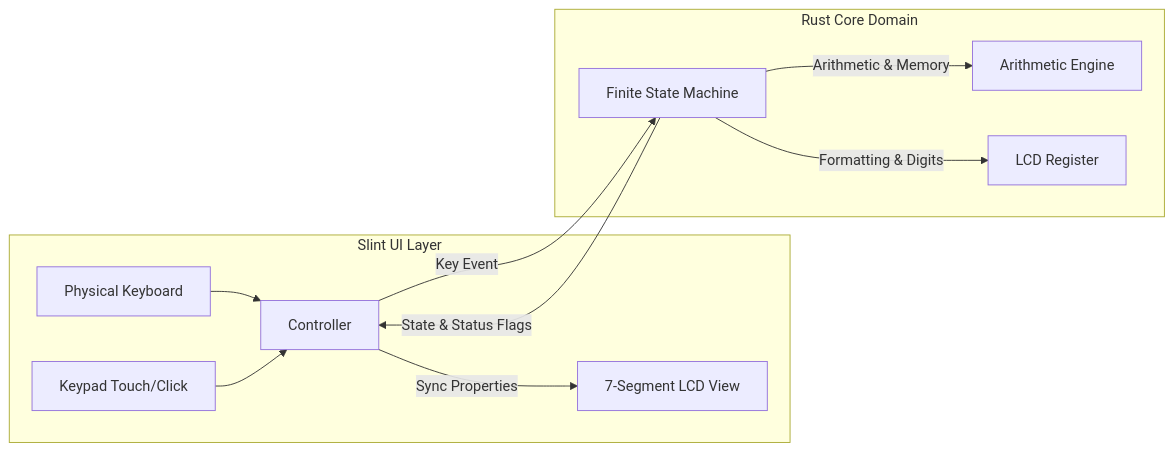
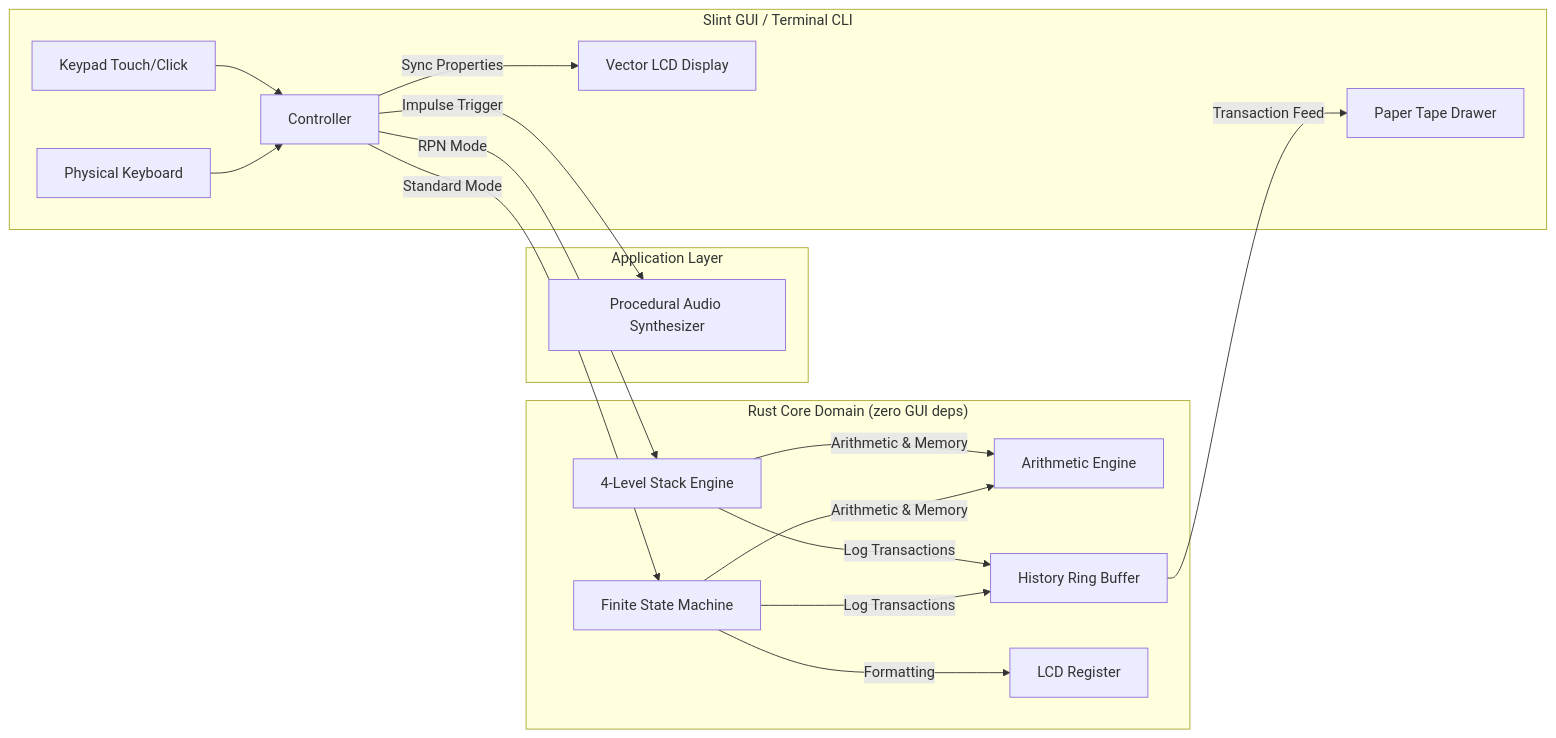
One commit to vikman90/heptaseg changed the diagram in ARCHITECTURE.md. Above: the diagram before and after it, drawn with Mermaid. The commit also changed other lines of this file and 5 other files, not shown here.

Commit message:
docs: update documentation, architectural specs, and bump version to 0.2.0

````diff
--- a/ARCHITECTURE.md
+++ b/ARCHITECTURE.md
@@ -18,17 +18,26 @@
 ```mermaid
 graph LR
-    subgraph UI ["Slint UI Layer"]
+    subgraph UI ["Slint GUI / Terminal CLI"]
         KB[Physical Keyboard] --> Controller
         KP[Keypad Touch/Click] --> Controller
-        LCD[7-Segment LCD View]
+        LCD[Vector LCD Display]
+        TapeUI[Paper Tape Drawer]
     end
 
-    subgraph Core ["Rust Core Domain"]
-        Controller -->|Key Event| FSM[Finite State Machine]
+    subgraph ControllerLayer ["Application Layer"]
+        Controller -->|Impulse Trigger| Audio[Procedural Audio Synthesizer]
+    end
+
+    subgraph Core ["Rust Core Domain (zero GUI deps)"]
+        Controller -->|Standard Mode| FSM[Finite State Machine]
+        Controller -->|RPN Mode| RPN[4-Level Stack Engine]
         FSM -->|Arithmetic & Memory| Engine[Arithmetic Engine]
-        FSM -->|Formatting & Digits| Reg[LCD Register]
-        FSM -->|State & Status Flags| Controller
+        RPN -->|Arithmetic & Memory| Engine
+        FSM -->|Log Transactions| Tape[History Ring Buffer]
+        RPN -->|Log Transactions| Tape
+        FSM -->|Formatting| Reg[LCD Register]
     end
 
     Controller -->|Sync Properties| LCD
+    Tape -->|Transaction Feed| TapeUI
 ```
````
